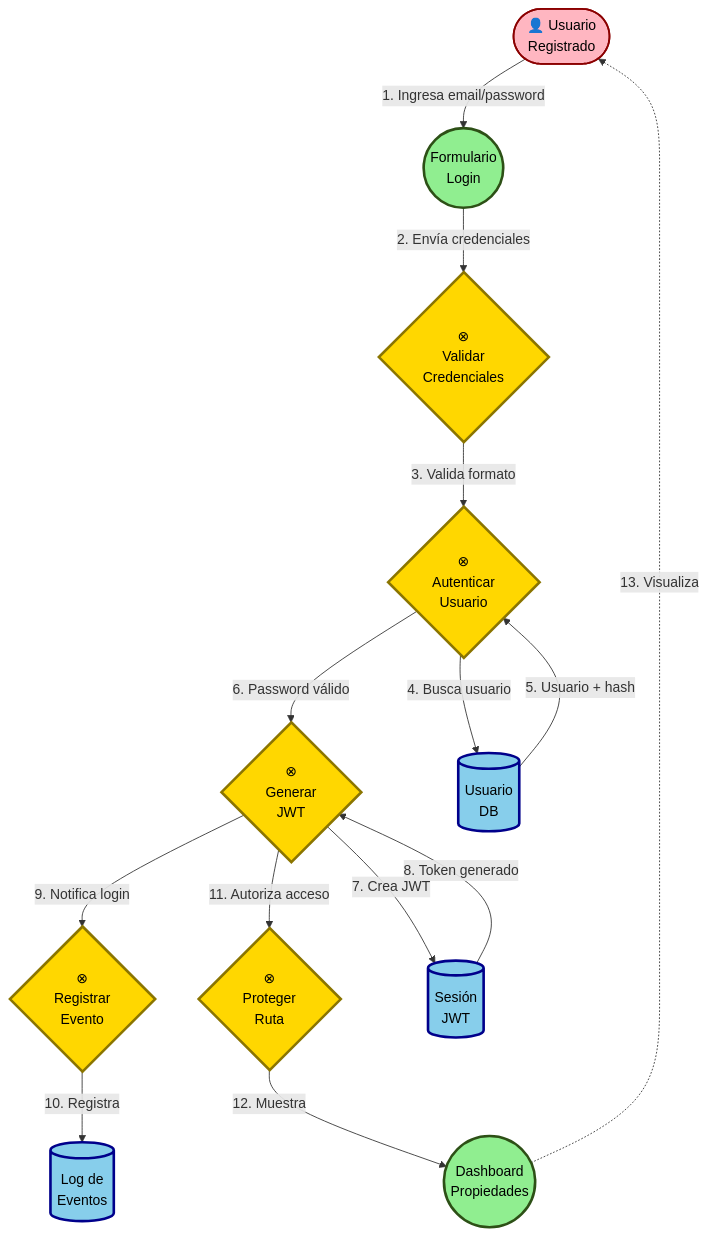
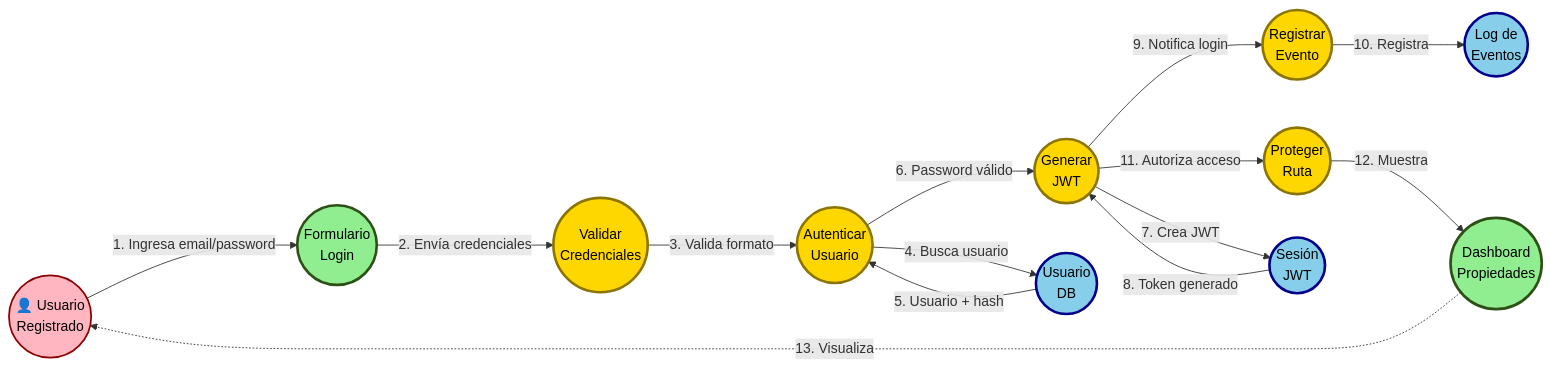
The second of 8 diagrams in diagrama-robustez-uml.md (cgala/TFI_HybridParking), drawn with Mermaid before and after one commit. The commit also changed other lines of this file and 1 other file, not shown here.

First line of the commit message:
Refactor: Diagramas de robustez con elementos redondos y diseño horizontal

````diff
--- a/diagrama-robustez-uml.md
+++ b/diagrama-robustez-uml.md
@@ -101,44 +101,44 @@
 ```mermaid
-graph TB
-    Actor([👤 Usuario<br/>Registrado])
+graph LR
+    Actor((👤 Usuario<br/>Registrado))
 
     %% BOUNDARIES
     B1((Formulario<br/>Login))
     B2((Dashboard<br/>Propiedades))
 
     %% CONTROLS
-    C1{⊗<br/>Validar<br/>Credenciales}
-    C2{⊗<br/>Autenticar<br/>Usuario}
-    C3{⊗<br/>Generar<br/>JWT}
-    C4{⊗<br/>Proteger<br/>Ruta}
-    C5{⊗<br/>Registrar<br/>Evento}
+    C1((Validar<br/>Credenciales))
+    C2((Autenticar<br/>Usuario))
+    C3((Generar<br/>JWT))
+    C4((Proteger<br/>Ruta))
+    C5((Registrar<br/>Evento))
 
     %% ENTITIES
-    E1[(Usuario<br/>DB)]
-    E2[(Sesión<br/>JWT)]
-    E3[(Log de<br/>Eventos)]
+    E1((Usuario<br/>DB))
+    E2((Sesión<br/>JWT))
+    E3((Log de<br/>Eventos))
 
     Actor -->|1. Ingresa email/password| B1
     B1 -->|2. Envía credenciales| C1
     C1 -->|3. Valida formato| C2
     C2 -->|4. Busca usuario| E1
     E1 -->|5. Usuario + hash| C2
     C2 -->|6. Password válido| C3
     C3 -->|7. Crea JWT| E2
     E2 -->|8. Token generado| C3
     C3 -->|9. Notifica login| C5
     C5 -->|10. Registra| E3
     C3 -->|11. Autoriza acceso| C4
     C4 -->|12. Muestra| B2
     B2 -.->|13. Visualiza| Actor
 
     classDef boundary fill:#90EE90,stroke:#2d5016,stroke-width:3px,color:#000
     classDef control fill:#FFD700,stroke:#8B7500,stroke-width:3px,color:#000
     classDef entity fill:#87CEEB,stroke:#00008B,stroke-width:3px,color:#000
     classDef actor fill:#FFB6C1,stroke:#8B0000,stroke-width:2px,color:#000
 
     class B1,B2 boundary
     class C1,C2,C3,C4,C5 control
     class E1,E2,E3 entity
     class Actor actor
 ```
````
